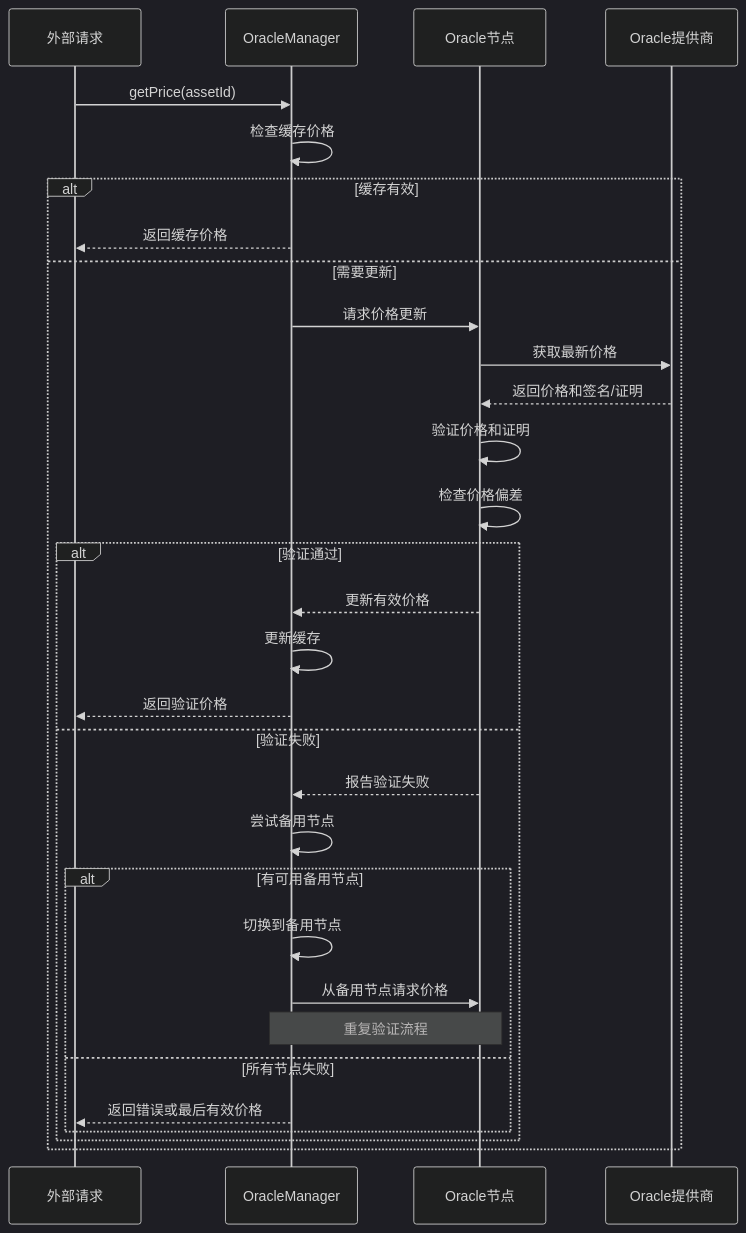
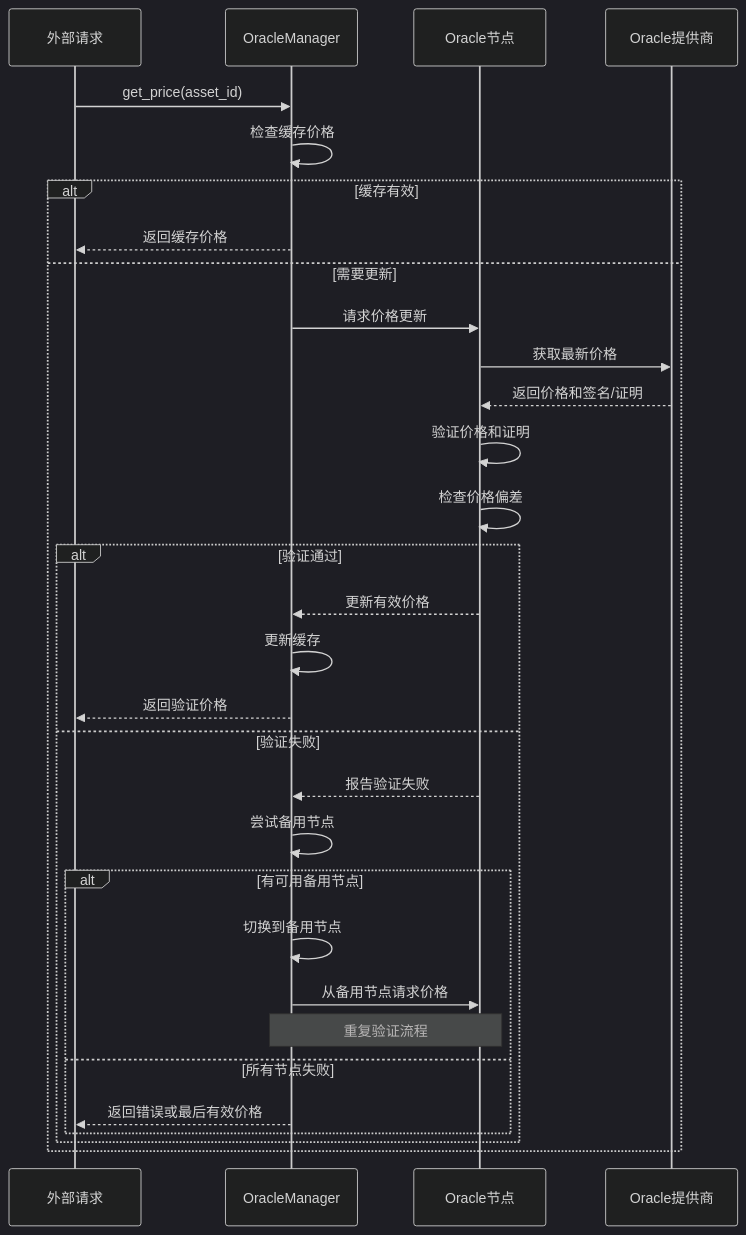
One commit to OlendDAO/TriplexDoc changed the third of 3 diagrams in app/architecturalanalysis/oracle/page.mdx. Above: the diagram before and after it, drawn with Mermaid (dark theme). The commit also changed other lines of this file and 8 other files, not shown here.

````diff
--- a/app/architecturalanalysis/oracle/page.mdx
+++ b/app/architecturalanalysis/oracle/page.mdx
@@ -171,39 +255,39 @@
 ```mermaid
 sequenceDiagram
     participant External as 外部请求
     participant Manager as OracleManager
     participant Node as Oracle节点
     participant Provider as Oracle提供商
     
-    External->>Manager: getPrice(assetId)
+    External->>Manager: get_price(asset_id)
     
     Manager->>Manager: 检查缓存价格
     
     alt 缓存有效
         Manager-->>External: 返回缓存价格
     else 需要更新
         Manager->>Node: 请求价格更新
         Node->>Provider: 获取最新价格
         Provider-->>Node: 返回价格和签名/证明
         
         Node->>Node: 验证价格和证明
         Node->>Node: 检查价格偏差
         
         alt 验证通过
             Node-->>Manager: 更新有效价格
             Manager->>Manager: 更新缓存
             Manager-->>External: 返回验证价格
         else 验证失败
             Node-->>Manager: 报告验证失败
             Manager->>Manager: 尝试备用节点
             
             alt 有可用备用节点
                 Manager->>Manager: 切换到备用节点
                 Manager->>Node: 从备用节点请求价格
                 Note over Manager,Node: 重复验证流程
             else 所有节点失败
                 Manager-->>External: 返回错误或最后有效价格
             end
         end
     end
 ```
````
